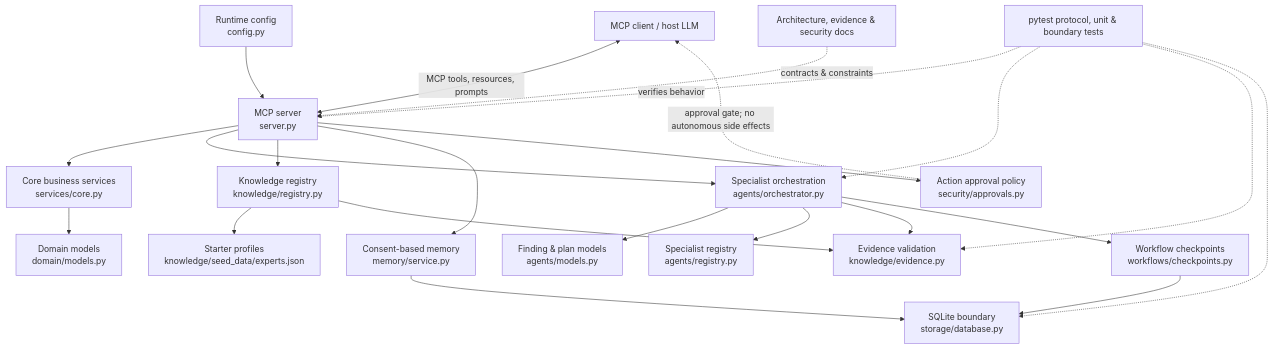
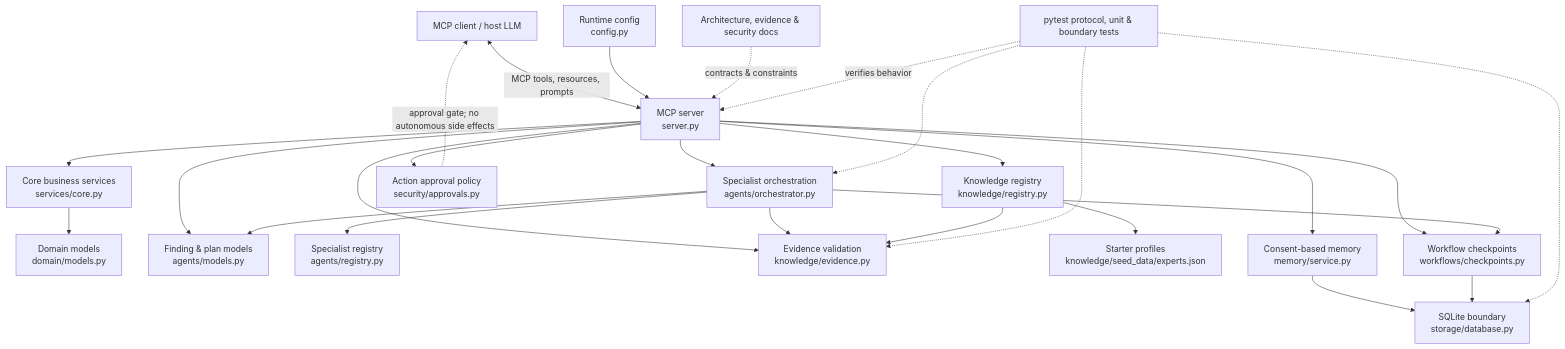
Before and after one commit to shaideroff/agent-entrepreneur: the first of 2 diagrams in docs/architecture-graph.md, drawn with Mermaid. The commit also changed other lines of this file, not shown here.

Commit message:
docs: update architecture map for 13-tool MCP surface

````diff
--- a/docs/architecture-graph.md
+++ b/docs/architecture-graph.md
@@ -7,43 +7,46 @@
 ```mermaid
 flowchart TB
     Client["MCP client / host LLM"]
     Server["MCP server\nserver.py"]
     Config["Runtime config\nconfig.py"]
     Core["Core business services\nservices/core.py"]
     Domain["Domain models\ndomain/models.py"]
     Agents["Specialist orchestration\nagents/orchestrator.py"]
     AgentModels["Finding & plan models\nagents/models.py"]
     AgentRegistry["Specialist registry\nagents/registry.py"]
     Knowledge["Knowledge registry\nknowledge/registry.py"]
     Evidence["Evidence validation\nknowledge/evidence.py"]
     Seed["Starter profiles\nknowledge/seed_data/experts.json"]
     Memory["Consent-based memory\nmemory/service.py"]
     Storage["SQLite boundary\nstorage/database.py"]
     Checkpoints["Workflow checkpoints\nworkflows/checkpoints.py"]
     Approval["Action approval policy\nsecurity/approvals.py"]
     Docs["Architecture, evidence & security docs"]
     Tests["pytest protocol, unit & boundary tests"]
 
     Client <-->|MCP tools, resources, prompts| Server
     Config --> Server
     Server --> Core
     Server --> Agents
+    Server --> AgentModels
     Server --> Knowledge
+    Server --> Evidence
     Server --> Memory
+    Server --> Checkpoints
     Server --> Approval
     Core --> Domain
     Agents --> AgentModels
     Agents --> AgentRegistry
     Agents --> Evidence
     Agents --> Checkpoints
     Knowledge --> Seed
     Knowledge --> Evidence
     Memory --> Storage
     Checkpoints --> Storage
     Approval -. "approval gate; no autonomous side effects" .-> Client
     Docs -. "contracts & constraints" .-> Server
     Tests -. "verifies behavior" .-> Server
     Tests -.-> Agents
     Tests -.-> Evidence
     Tests -.-> Storage
 ```
````
